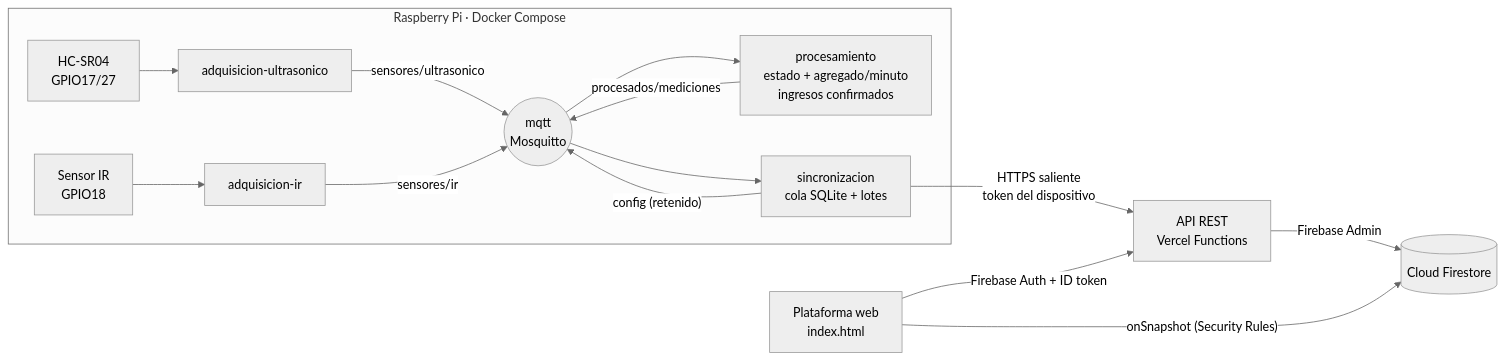
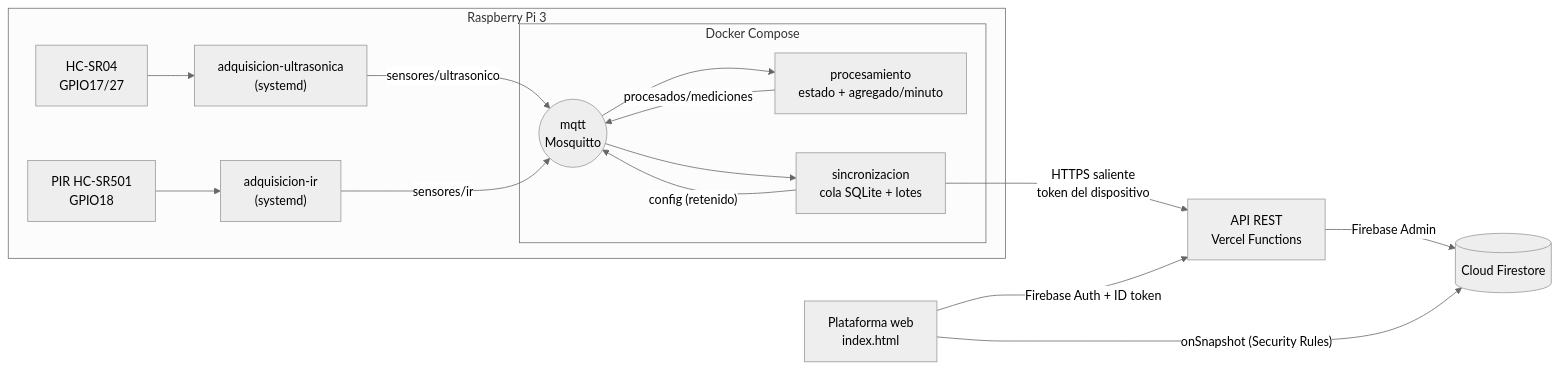
The diagram in README.md (Matias2004-cmd/Estacionamiento-Inteligente), drawn with Mermaid (neutral theme) before and after one commit. The commit also changed other lines of this file and 15 other files, not shown here.

````diff
--- a/README.md
+++ b/README.md
@@ -21,17 +21,22 @@
 ```mermaid
 flowchart LR
-  subgraph PI["Raspberry Pi · Docker Compose"]
-    US["HC-SR04<br/>GPIO17/27"] --> AU["adquisicion-ultrasonico"]
-    IR["Sensor IR<br/>GPIO18"] --> AI["adquisicion-ir"]
-    AU -- "sensores/ultrasonico" --> MQ(("mqtt<br/>Mosquitto"))
+  subgraph PI["Raspberry Pi 3"]
+    US["HC-SR04<br/>GPIO17/27"] --> AU["adquisicion-ultrasonica<br/>(systemd)"]
+    IR["PIR HC-SR501<br/>GPIO18"] --> AI["adquisicion-ir<br/>(systemd)"]
+    subgraph DC["Docker Compose"]
+      MQ(("mqtt<br/>Mosquitto"))
+      PR["procesamiento<br/>estado + agregado/minuto"]
+      SY["sincronizacion<br/>cola SQLite + lotes"]
+    end
+    AU -- "sensores/ultrasonico" --> MQ
     AI -- "sensores/ir" --> MQ
-    MQ --> PR["procesamiento<br/>estado + agregado/minuto<br/>ingresos confirmados"]
+    MQ --> PR
     PR -- "procesados/mediciones" --> MQ
-    MQ --> SY["sincronizacion<br/>cola SQLite + lotes"]
+    MQ --> SY
     SY -- "config (retenido)" --> MQ
   end
   SY -- "HTTPS saliente<br/>token del dispositivo" --> API["API REST<br/>Vercel Functions"]
   API -- "Firebase Admin" --> FS[("Cloud Firestore")]
   WEB["Plataforma web<br/>index.html"] -- "Firebase Auth + ID token" --> API
   WEB -- "onSnapshot (Security Rules)" --> FS
 ```
````
